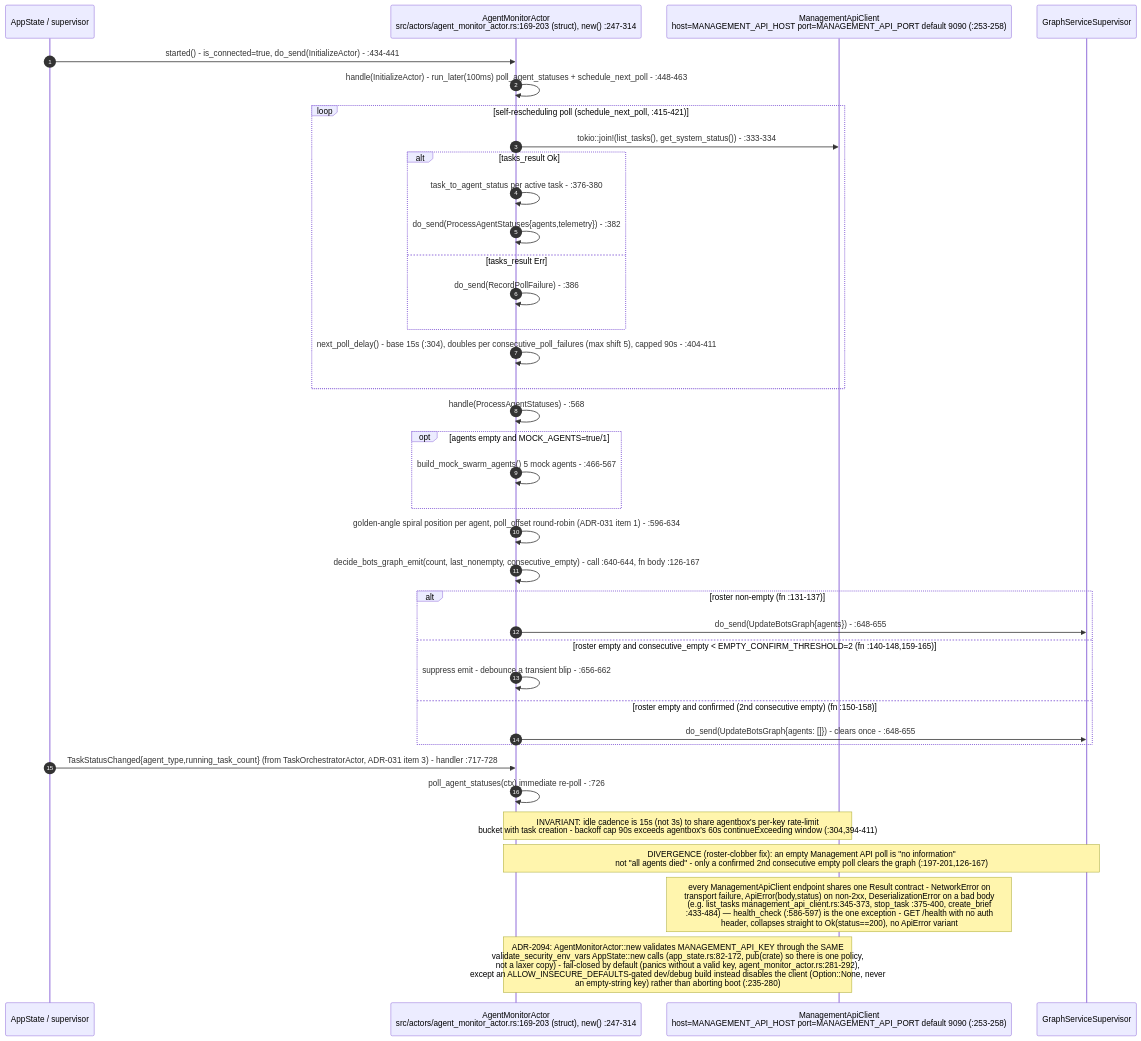
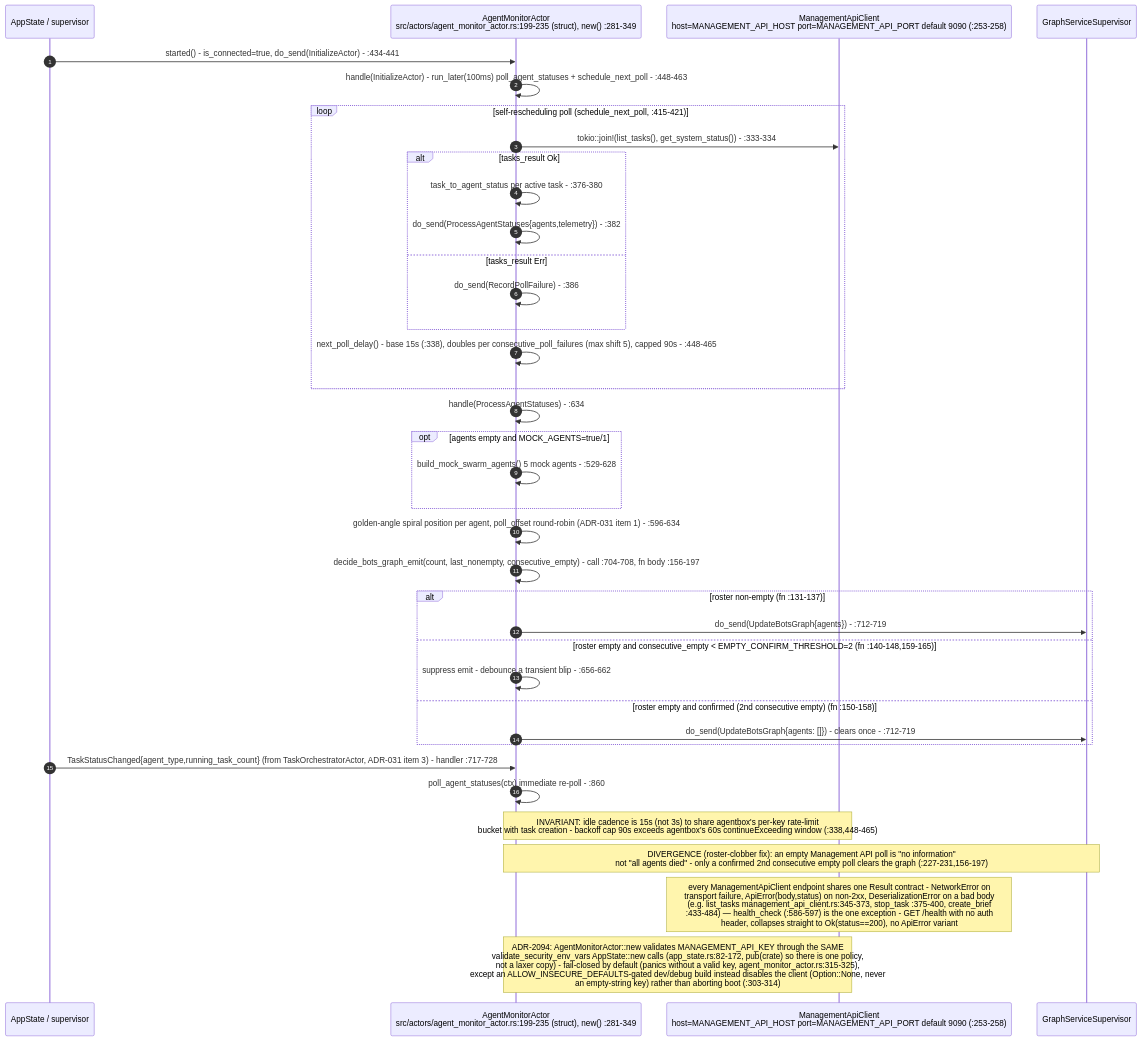
The seventh of 10 diagrams in docs/diagrams/visionclaw/27-agent-integration-mcp-relay.md (DreamLab-AI/VisionFlow), drawn with Mermaid before and after one commit. The commit also changed other lines of this file and 111 other files, not shown here.

Commit message:
docs(diagrams): align estate maps with current source

````diff
--- a/docs/diagrams/visionclaw/27-agent-integration-mcp-relay.md
+++ b/docs/diagrams/visionclaw/27-agent-integration-mcp-relay.md
@@ -303,40 +303,40 @@
 ```mermaid
 sequenceDiagram
     autonumber
     participant Sup as AppState / supervisor
-    participant AM as AgentMonitorActor<br/>src/actors/agent_monitor_actor.rs:169-203 (struct), new() :247-314
+    participant AM as AgentMonitorActor<br/>src/actors/agent_monitor_actor.rs:199-235 (struct), new() :281-349
     participant MAC as ManagementApiClient<br/>host=MANAGEMENT_API_HOST port=MANAGEMENT_API_PORT default 9090 (:253-258)
     participant GSS as GraphServiceSupervisor
 
     Sup->>AM: started() - is_connected=true, do_send(InitializeActor) - :434-441
     AM->>AM: handle(InitializeActor) - run_later(100ms) poll_agent_statuses + schedule_next_poll - :448-463
     loop self-rescheduling poll (schedule_next_poll, :415-421)
         AM->>MAC: tokio::join!(list_tasks(), get_system_status()) - :333-334
         alt tasks_result Ok
             AM->>AM: task_to_agent_status per active task - :376-380
             AM->>AM: do_send(ProcessAgentStatuses{agents,telemetry}) - :382
         else tasks_result Err
             AM->>AM: do_send(RecordPollFailure) - :386
         end
-        AM->>AM: next_poll_delay() - base 15s (:304), doubles per consecutive_poll_failures (max shift 5), capped 90s - :404-411
+        AM->>AM: next_poll_delay() - base 15s (:338), doubles per consecutive_poll_failures (max shift 5), capped 90s - :448-465
     end
-    AM->>AM: handle(ProcessAgentStatuses) - :568
+    AM->>AM: handle(ProcessAgentStatuses) - :634
     opt agents empty and MOCK_AGENTS=true/1
-        AM->>AM: build_mock_swarm_agents() 5 mock agents - :466-567
+        AM->>AM: build_mock_swarm_agents() 5 mock agents - :529-628
     end
     AM->>AM: golden-angle spiral position per agent, poll_offset round-robin (ADR-031 item 1) - :596-634
-    AM->>AM: decide_bots_graph_emit(count, last_nonempty, consecutive_empty) - call :640-644, fn body :126-167
+    AM->>AM: decide_bots_graph_emit(count, last_nonempty, consecutive_empty) - call :704-708, fn body :156-197
     alt roster non-empty (fn :131-137)
-        AM->>GSS: do_send(UpdateBotsGraph{agents}) - :648-655
+        AM->>GSS: do_send(UpdateBotsGraph{agents}) - :712-719
     else roster empty and consecutive_empty < EMPTY_CONFIRM_THRESHOLD=2 (fn :140-148,159-165)
         AM->>AM: suppress emit - debounce a transient blip - :656-662
     else roster empty and confirmed (2nd consecutive empty) (fn :150-158)
-        AM->>GSS: do_send(UpdateBotsGraph{agents: []}) - clears once - :648-655
+        AM->>GSS: do_send(UpdateBotsGraph{agents: []}) - clears once - :712-719
     end
     Sup->>AM: TaskStatusChanged{agent_type,running_task_count} (from TaskOrchestratorActor, ADR-031 item 3) - handler :717-728
-    AM->>AM: poll_agent_statuses(ctx) immediate re-poll - :726
-    Note over AM,MAC: INVARIANT: idle cadence is 15s (not 3s) to share agentbox's per-key rate-limit<br/>bucket with task creation - backoff cap 90s exceeds agentbox's 60s continueExceeding window (:304,394-411)
-    Note over AM,GSS: DIVERGENCE (roster-clobber fix): an empty Management API poll is "no information"<br/>not "all agents died" - only a confirmed 2nd consecutive empty poll clears the graph (:197-201,126-167)
+    AM->>AM: poll_agent_statuses(ctx) immediate re-poll - :860
+    Note over AM,MAC: INVARIANT: idle cadence is 15s (not 3s) to share agentbox's per-key rate-limit<br/>bucket with task creation - backoff cap 90s exceeds agentbox's 60s continueExceeding window (:338,448-465)
+    Note over AM,GSS: DIVERGENCE (roster-clobber fix): an empty Management API poll is "no information"<br/>not "all agents died" - only a confirmed 2nd consecutive empty poll clears the graph (:227-231,156-197)
     Note over MAC: every ManagementApiClient endpoint shares one Result contract - NetworkError on<br/>transport failure, ApiError(body,status) on non-2xx, DeserializationError on a bad body<br/>(e.g. list_tasks management_api_client.rs:345-373, stop_task :375-400, create_brief<br/>:433-484) — health_check (:586-597) is the one exception - GET /health with no auth<br/>header, collapses straight to Ok(status==200), no ApiError variant
-    Note over AM,MAC: ADR-2094: AgentMonitorActor::new validates MANAGEMENT_API_KEY through the SAME<br/>validate_security_env_vars AppState::new calls (app_state.rs:82-172, pub(crate) so there is one policy,<br/>not a laxer copy) - fail-closed by default (panics without a valid key, agent_monitor_actor.rs:281-292),<br/>except an ALLOW_INSECURE_DEFAULTS-gated dev/debug build instead disables the client (Option::None, never<br/>an empty-string key) rather than aborting boot (:235-280)
+    Note over AM,MAC: ADR-2094: AgentMonitorActor::new validates MANAGEMENT_API_KEY through the SAME<br/>validate_security_env_vars AppState::new calls (app_state.rs:82-172, pub(crate) so there is one policy,<br/>not a laxer copy) - fail-closed by default (panics without a valid key, agent_monitor_actor.rs:315-325),<br/>except an ALLOW_INSECURE_DEFAULTS-gated dev/debug build instead disables the client (Option::None, never<br/>an empty-string key) rather than aborting boot (:303-314)
 ```
````
